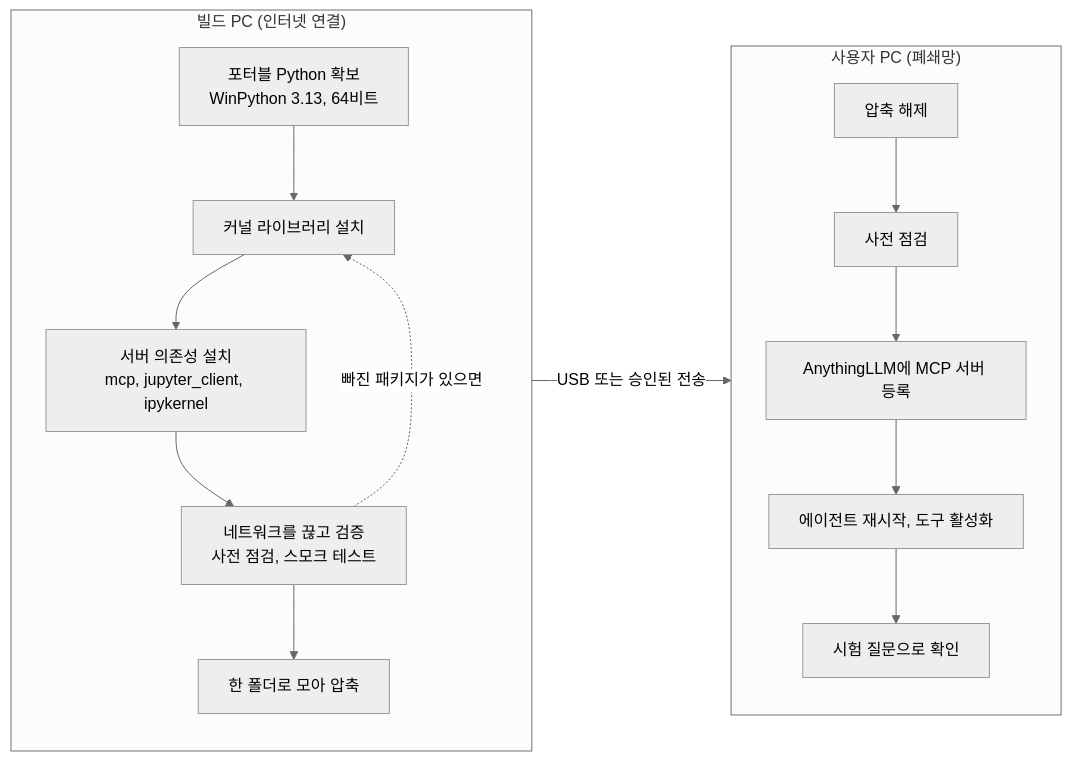
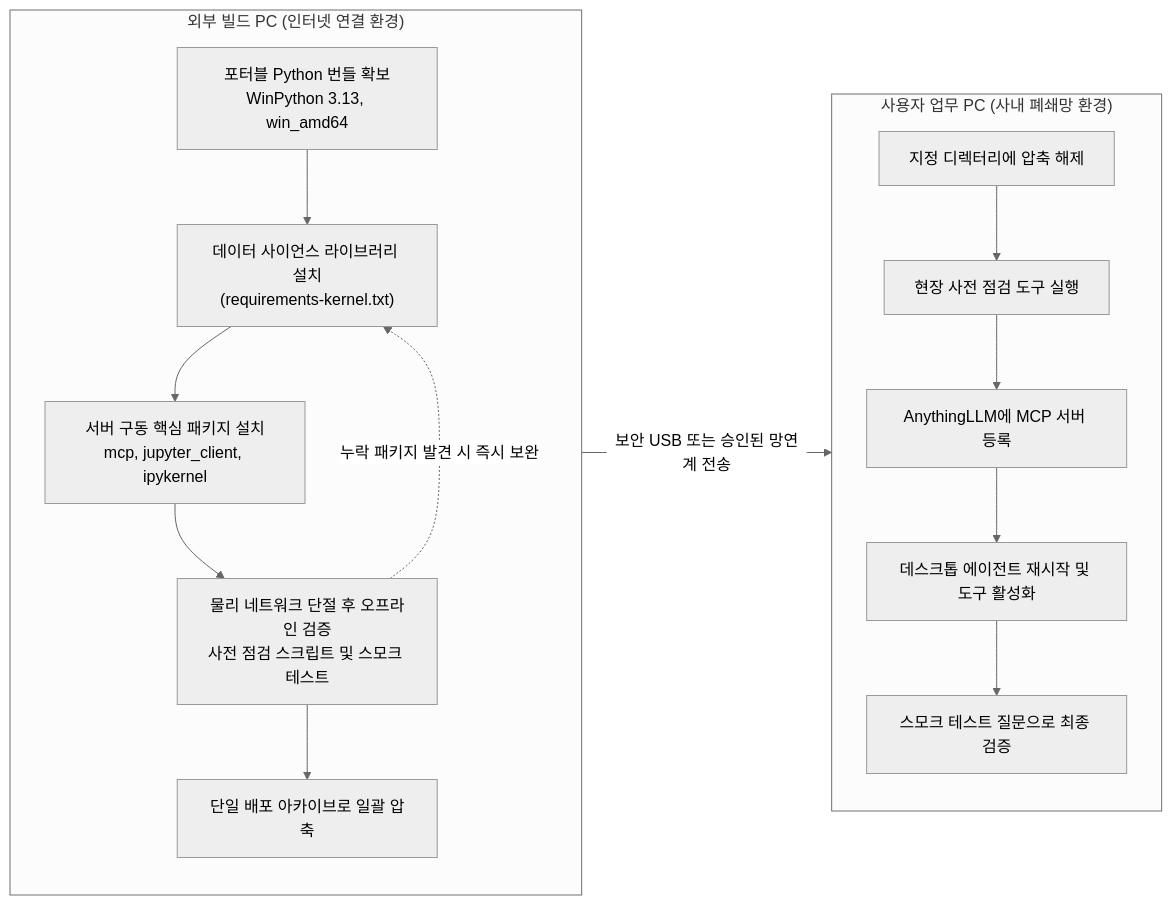
Before and after one commit to HaJaehee/AirGappedPySandbox: the second of 2 diagrams in lectures/03-architecture/03-deployment-view.md, drawn with Mermaid (neutral theme). The commit also changed other lines of this file and 31 other files, not shown here.

````diff
--- a/lectures/03-architecture/03-deployment-view.md
+++ b/lectures/03-architecture/03-deployment-view.md
@@ -118,19 +123,19 @@
 ```mermaid
 flowchart LR
-    subgraph B["빌드 PC (인터넷 연결)"]
+    subgraph B["외부 빌드 PC (인터넷 연결 환경)"]
         direction TB
-        B1["포터블 Python 확보<br/>WinPython 3.13, 64비트"] --> B2["커널 라이브러리 설치"]
-        B2 --> B3["서버 의존성 설치<br/>mcp, jupyter_client, ipykernel"]
-        B3 --> B4["네트워크를 끊고 검증<br/>사전 점검, 스모크 테스트"]
-        B4 --> B5["한 폴더로 모아 압축"]
-        B4 -. "빠진 패키지가 있으면" .-> B2
+        B1["포터블 Python 번들 확보<br/>WinPython 3.13, win_amd64"] --> B2["데이터 사이언스 라이브러리 설치<br/>(requirements-kernel.txt)"]
+        B2 --> B3["서버 구동 핵심 패키지 설치<br/>mcp, jupyter_client, ipykernel"]
+        B3 --> B4["물리 네트워크 단절 후 오프라인 검증<br/>사전 점검 스크립트 및 스모크 테스트"]
+        B4 --> B5["단일 배포 아카이브로 일괄 압축"]
+        B4 -. "누락 패키지 발견 시 즉시 보완" .-> B2
     end
-    subgraph H["사용자 PC (폐쇄망)"]
+    subgraph H["사용자 업무 PC (사내 폐쇄망 환경)"]
         direction TB
-        H1["압축 해제"] --> H2["사전 점검"]
+        H1["지정 디렉터리에 압축 해제"] --> H2["현장 사전 점검 도구 실행"]
         H2 --> H3["AnythingLLM에 MCP 서버 등록"]
-        H3 --> H4["에이전트 재시작, 도구 활성화"]
-        H4 --> H5["시험 질문으로 확인"]
+        H3 --> H4["데스크톱 에이전트 재시작 및 도구 활성화"]
+        H4 --> H5["스모크 테스트 질문으로 최종 검증"]
     end
-    B -- "USB 또는 승인된 전송" --> H
+    B -- "보안 USB 또는 승인된 망연계 전송" --> H
 ```
````
